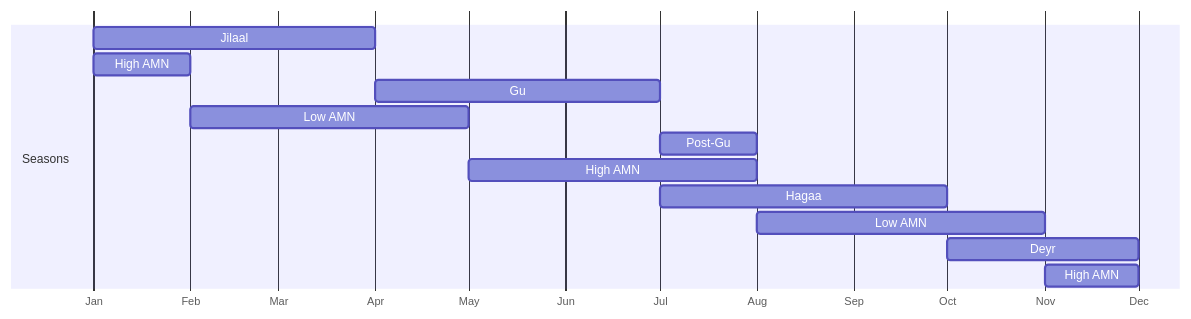
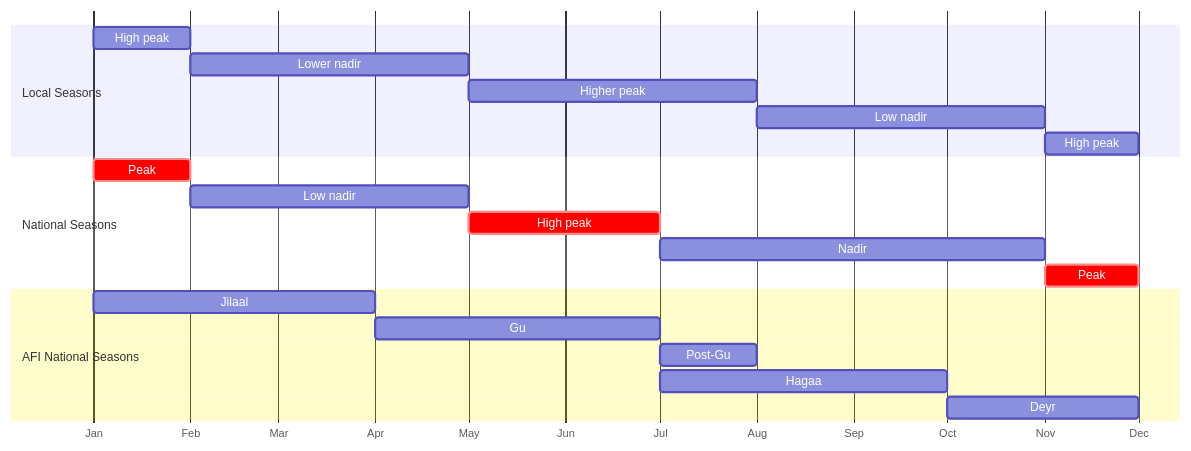
Before and after one commit to nutimes/som-sam-admit: the eighth of 10 diagrams in report.qmd, drawn with Mermaid. The commit also changed other lines of this file, not shown here.

````diff
--- a/report.qmd
+++ b/report.qmd
@@ -703,20 +710,27 @@
 ```{mermaid}
 %%| label: fig-afi-amn-calendar-agropastoral
-%%| fig-cap: AFI seasonal calendar vs AMN seasonal calendar
+%%| fig-cap: AMN seasonal calendar *versus* AFI seasonal calendar
 
 gantt
     dateFormat M
     axisFormat %b
     todayMarker off
-    section Seasons
+    section Local Seasons
+    High peak :amn1, 1, 2
+    Lower nadir :amn2, 2, 5
+    Higher peak :amn3, 5, 8
+    Low nadir :amn4, 8, 11
+    High peak : amn5, 11, 12
+    section National Seasons
+    Peak :crit, ntl1, 1, 2
+    Low nadir :ntl2, 2, 5
+    High peak :crit, ntl3, 5, 7
+    Nadir :ntl4, 7, 11
+    Peak :crit, ntl5, 11, 12
+    section AFI National Seasons
     Jilaal :afi1, 1, 4
-    High AMN :amn1, 1, 2
     Gu     :afi2, 4, 7
-    Low AMN :amn2, 2, 5
     Post-Gu:afi3, 7, 8
-    High AMN :amn3, 5, 8
     Hagaa  :afi4, 7, 10
-    Low AMN :amn4, 8, 11
     Deyr   :afi5, 10, 12
-    High AMN : amn5, 11, 12
 ```
````
